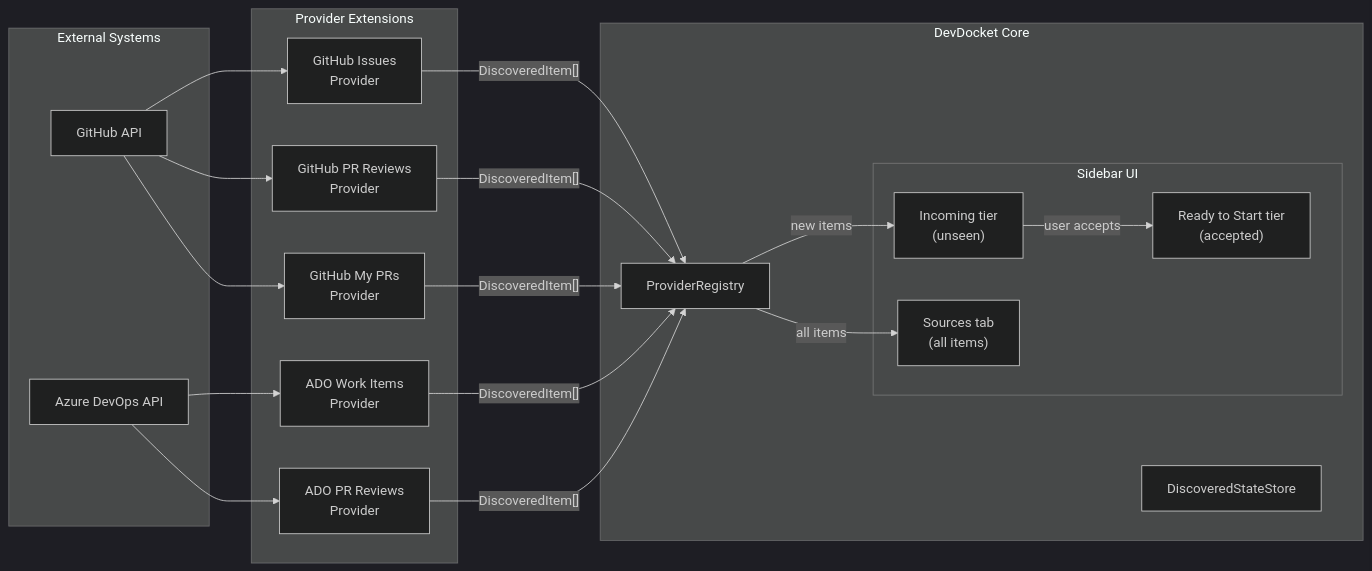
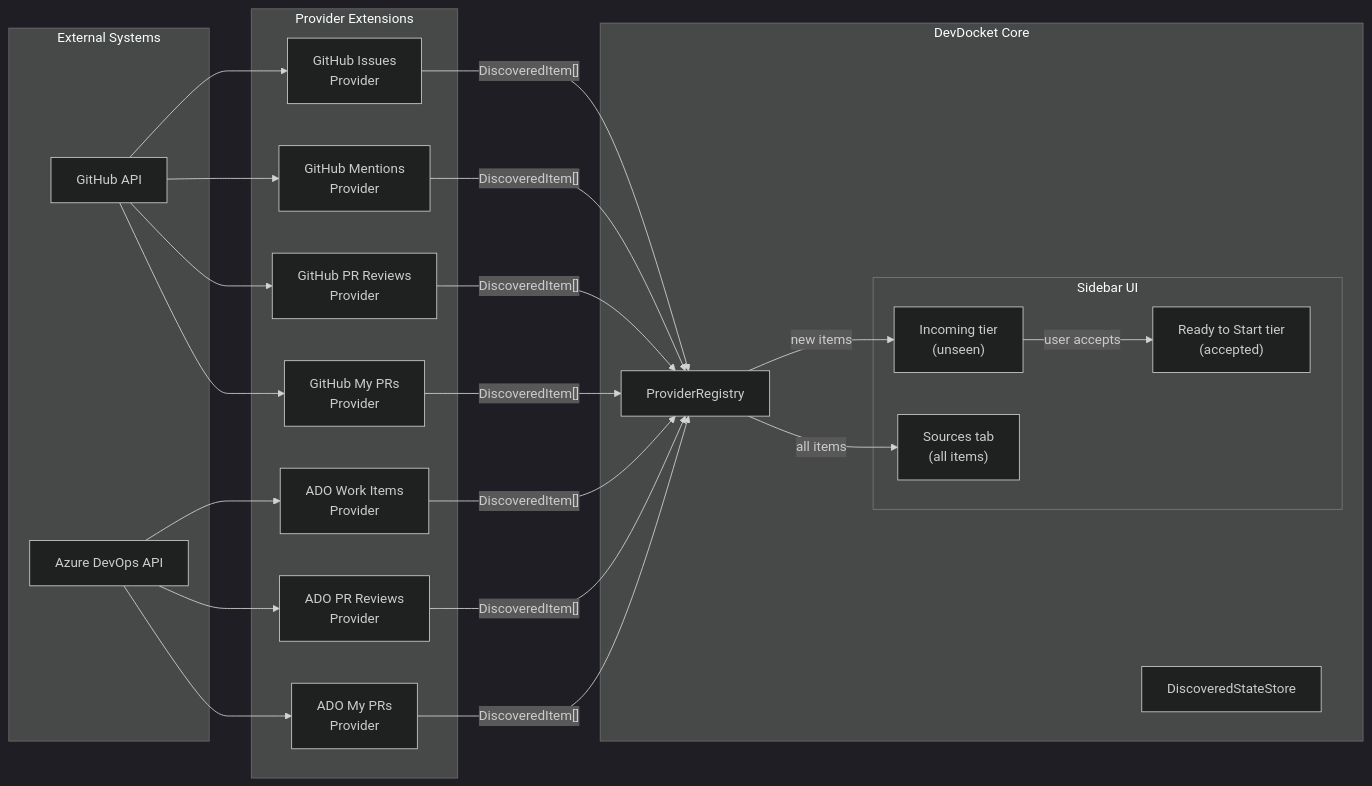
Before and after one commit to devdocket/devdocket: the first of 3 diagrams in docs/provider-discovery.md, drawn with Mermaid (dark theme). The commit also changed other lines of this file and 9 other files, not shown here.

````diff
--- a/docs/provider-discovery.md
+++ b/docs/provider-discovery.md
@@ -25,41 +27,47 @@
 ```mermaid
 flowchart LR
     subgraph External["External Systems"]
         GH["GitHub API"]
         ADO["Azure DevOps API"]
     end
 
     subgraph Providers["Provider Extensions"]
         GHI["GitHub Issues<br/>Provider"]
+        GHM["GitHub Mentions<br/>Provider"]
         GHPR["GitHub PR Reviews<br/>Provider"]
         GHMY["GitHub My PRs<br/>Provider"]
         ADOWI["ADO Work Items<br/>Provider"]
         ADOPR["ADO PR Reviews<br/>Provider"]
+        ADOMY["ADO My PRs<br/>Provider"]
     end
 
     subgraph Core["DevDocket Core"]
         PR["ProviderRegistry"]
         SS["DiscoveredStateStore"]
         subgraph UI["Sidebar UI"]
             Incoming["Incoming tier<br/>(unseen)"]
             Sources["Sources tab<br/>(all items)"]
             Ready["Ready to Start tier<br/>(accepted)"]
         end
     end
 
     GH --> GHI
+    GH --> GHM
     GH --> GHPR
     GH --> GHMY
     ADO --> ADOWI
     ADO --> ADOPR
+    ADO --> ADOMY
 
     GHI -- "DiscoveredItem[]" --> PR
+    GHM -- "DiscoveredItem[]" --> PR
     GHPR -- "DiscoveredItem[]" --> PR
     GHMY -- "DiscoveredItem[]" --> PR
     ADOWI -- "DiscoveredItem[]" --> PR
     ADOPR -- "DiscoveredItem[]" --> PR
+    ADOMY -- "DiscoveredItem[]" --> PR
 
     PR -- "new items" --> Incoming
     PR -- "all items" --> Sources
     Incoming -- "user accepts" --> Ready
 ```
````
